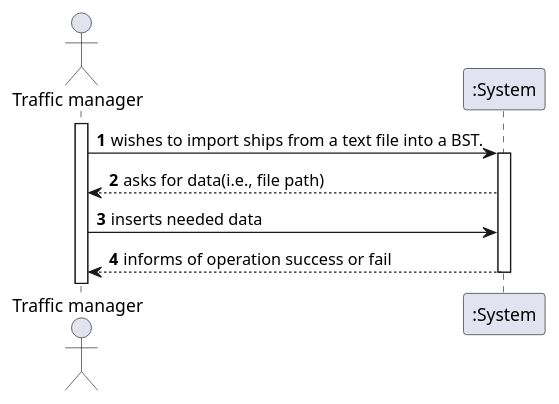
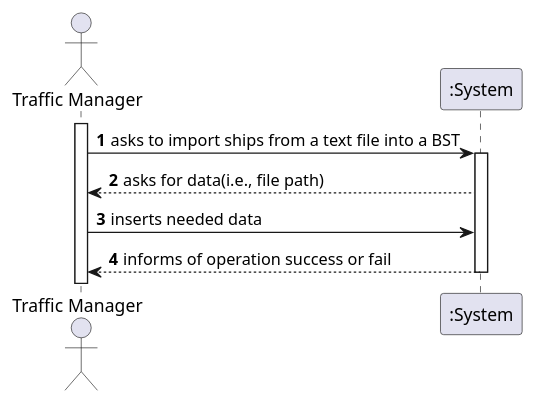
Before and after one commit to ana-albergaria/LAPR3-ISEP: the diagram in docs/US101/US_101_SSD.puml, drawn with PlantUML. The commit also changed 6 other files, not shown here.

```diff
--- a/docs/US101/US_101_SSD.puml
+++ b/docs/US101/US_101_SSD.puml
@@ -1,16 +1,16 @@
 @startuml
 'https://plantuml.com/sequence-diagram
 
 autonumber
-actor "Traffic manager" as TM
+actor "Traffic Manager" as TM
 
 activate TM
-TM-> ":System" : wishes to import ships from a text file into a BST.
+TM-> ":System" : asks to import ships from a text file into a BST
 activate ":System"
 ":System" --> TM : asks for data(i.e., file path)
 TM-> ":System" : inserts needed data
 ":System" --> TM : informs of operation success or fail
 
 deactivate ":System"
 
 @enduml
```
